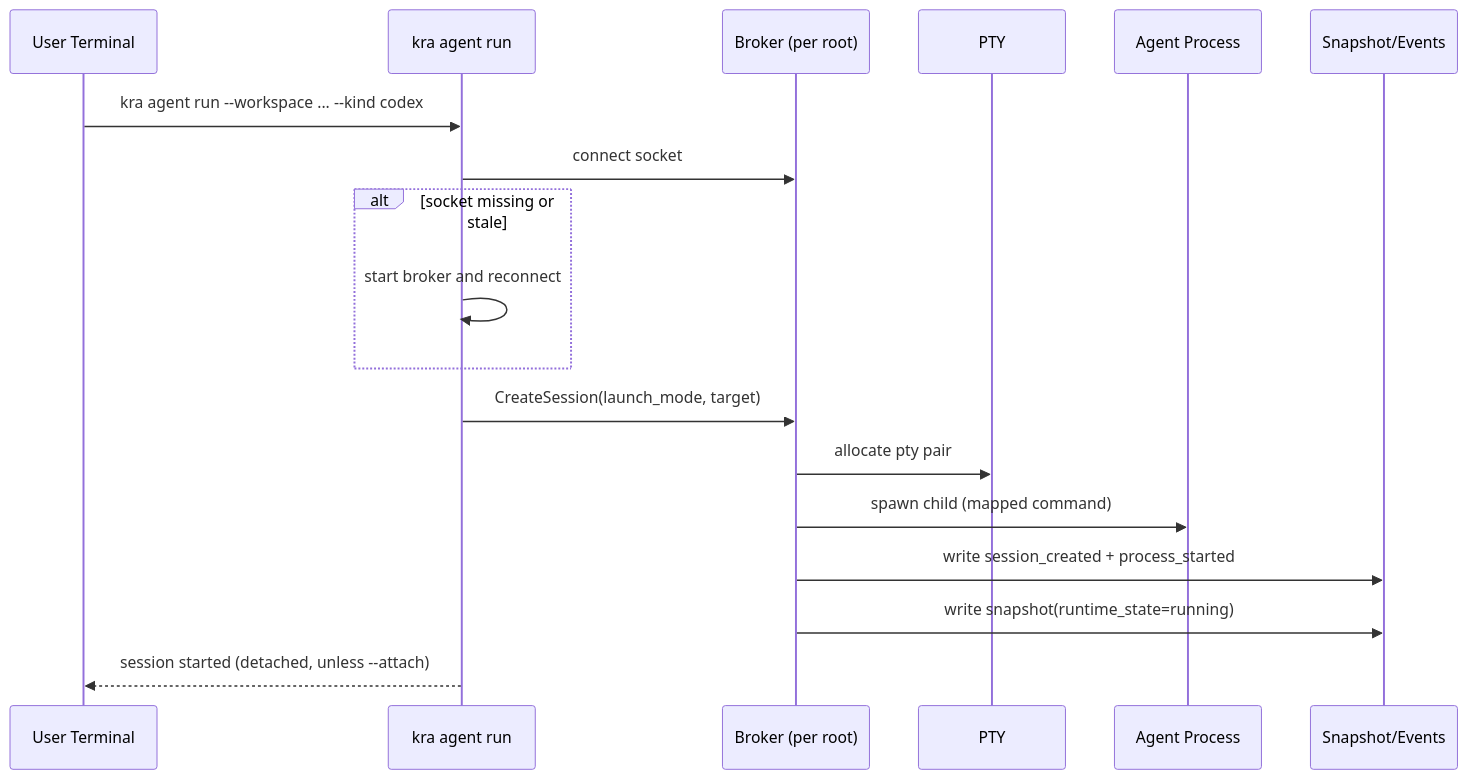
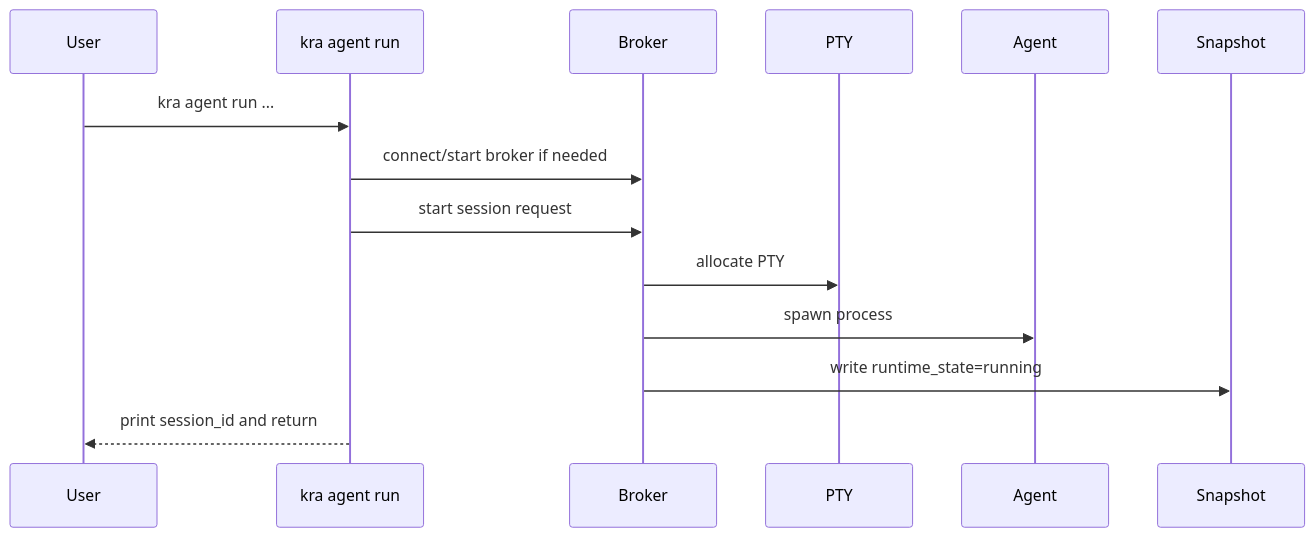
Before and after one commit to tasuku43/gionx: the second of 3 diagrams in docs/spec/concepts/agent-runtime.md, drawn with Mermaid. The commit also changed other lines of this file and 5 other files, not shown here.

Commit message:
docs(agent): align runtime specs and backlog status

````diff
--- a/docs/spec/concepts/agent-runtime.md
+++ b/docs/spec/concepts/agent-runtime.md
@@ -141,21 +102,17 @@
 ```mermaid
 sequenceDiagram
-  participant U as User Terminal
+  participant U as User
   participant CLI as kra agent run
-  participant B as Broker (per root)
+  participant B as Broker
   participant PTY as PTY
-  participant AG as Agent Process
-  participant ST as Snapshot/Events
+  participant AG as Agent
+  participant ST as Snapshot
 
-  U->>CLI: kra agent run --workspace ... --kind codex
-  CLI->>B: connect socket
-  alt socket missing or stale
-    CLI->>CLI: start broker and reconnect
-  end
-  CLI->>B: CreateSession(launch_mode, target)
-  B->>PTY: allocate pty pair
-  B->>AG: spawn child (mapped command)
-  B->>ST: write session_created + process_started
-  B->>ST: write snapshot(runtime_state=running)
-  CLI-->>U: session started (detached, unless --attach)
+  U->>CLI: kra agent run ...
+  CLI->>B: connect/start broker if needed
+  CLI->>B: start session request
+  B->>PTY: allocate PTY
+  B->>AG: spawn process
+  B->>ST: write runtime_state=running
+  CLI-->>U: print session_id and return
 ```
````
